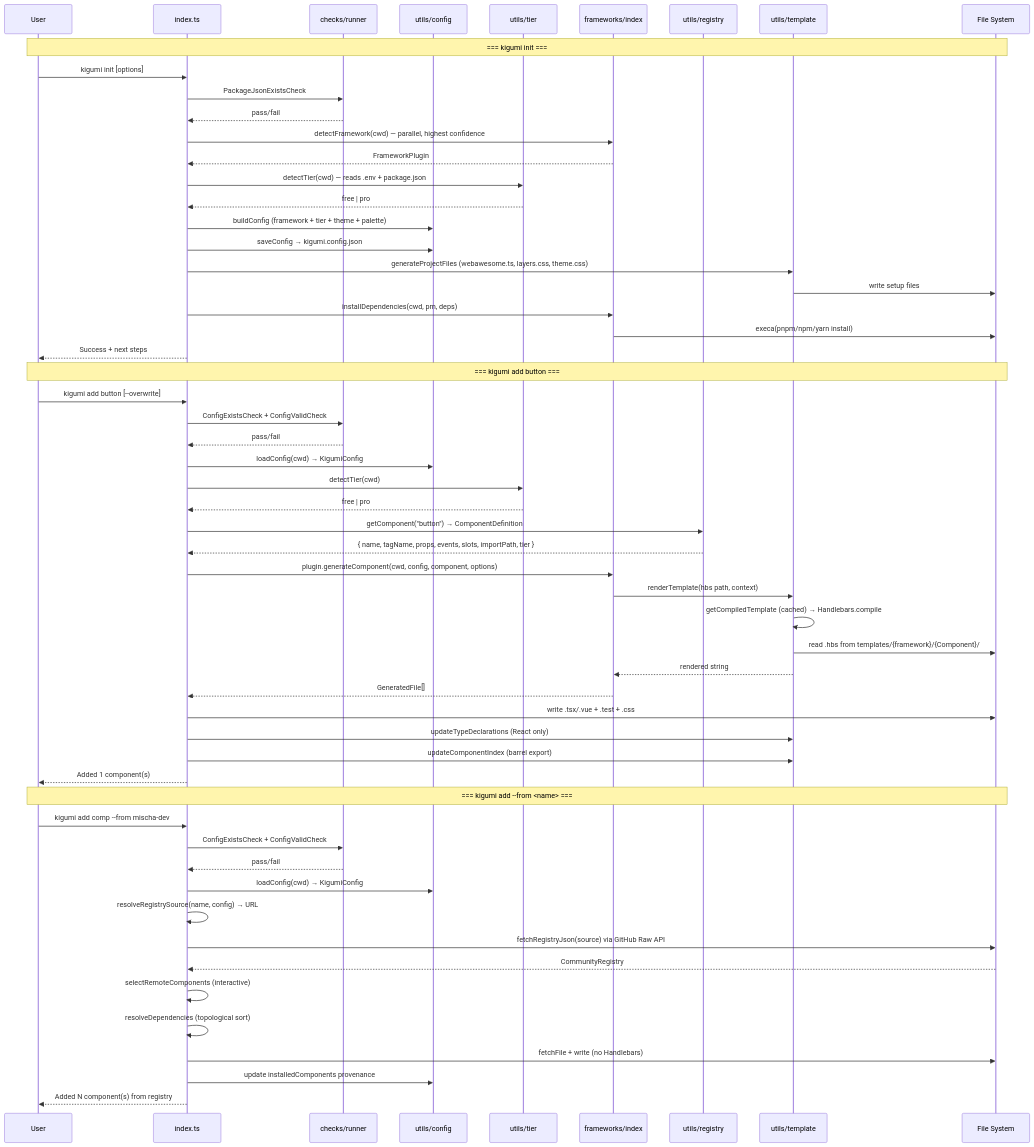
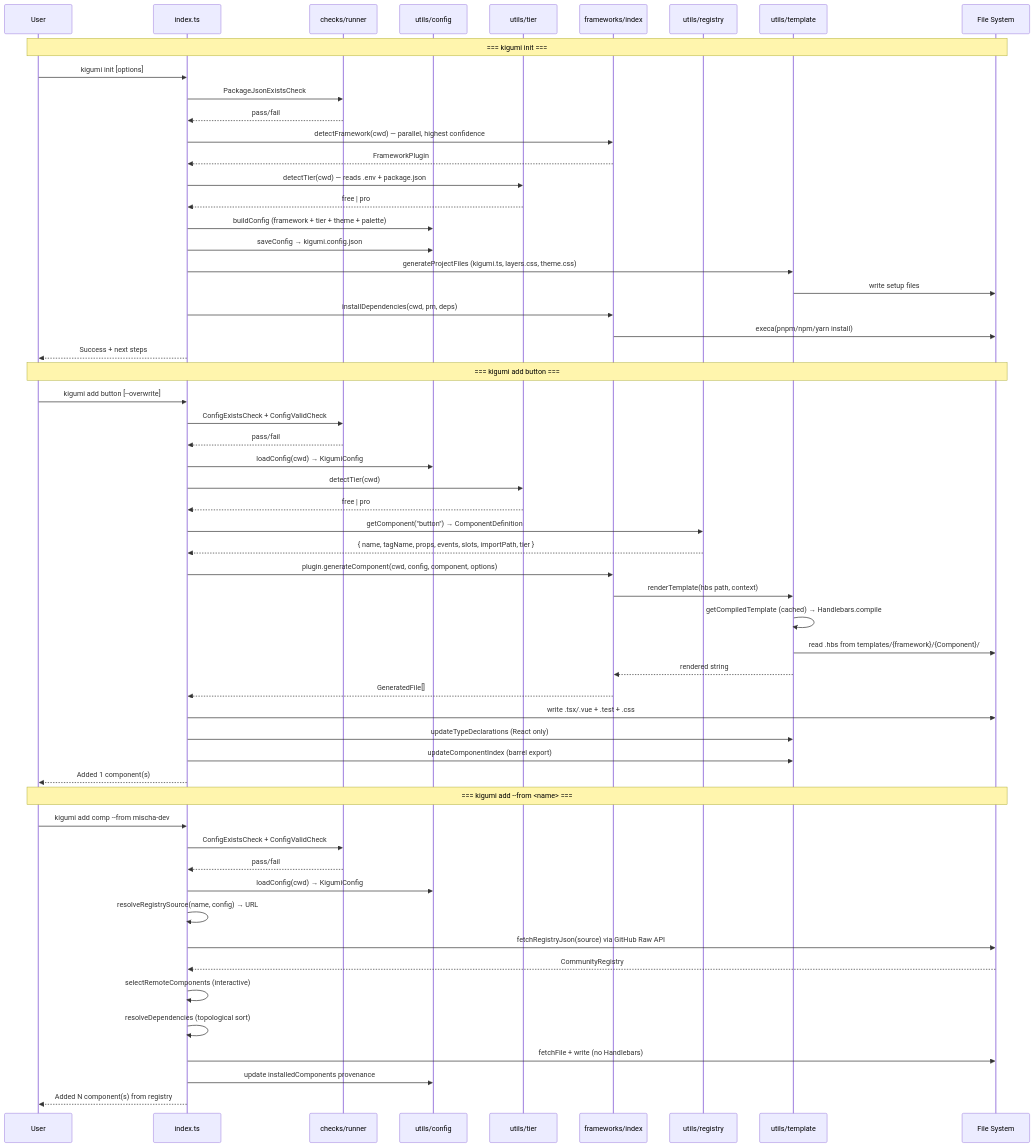
Before and after one commit to kigumi-ui/kigumi-cli: the second of 5 diagrams in AGENTS.md, drawn with Mermaid. The commit also changed other lines of this file and 314 other files, not shown here.

````diff
--- a/AGENTS.md
+++ b/AGENTS.md
@@ -389,62 +405,62 @@
 ```mermaid
 sequenceDiagram
     participant User
     participant CLI as index.ts
     participant Checks as checks/runner
     participant Config as utils/config
     participant Tier as utils/tier
     participant FW as frameworks/index
     participant Reg as utils/registry
     participant Tpl as utils/template
     participant FS as File System
 
     Note over User,FS: === kigumi init ===
     User->>CLI: kigumi init [options]
     CLI->>Checks: PackageJsonExistsCheck
     Checks-->>CLI: pass/fail
     CLI->>FW: detectFramework(cwd) — parallel, highest confidence
     FW-->>CLI: FrameworkPlugin
     CLI->>Tier: detectTier(cwd) — reads .env + package.json
     Tier-->>CLI: free | pro
     CLI->>Config: buildConfig (framework + tier + theme + palette)
     CLI->>Config: saveConfig → kigumi.config.json
-    CLI->>Tpl: generateProjectFiles (webawesome.ts, layers.css, theme.css)
+    CLI->>Tpl: generateProjectFiles (kigumi.ts, layers.css, theme.css)
     Tpl->>FS: write setup files
     CLI->>FW: installDependencies(cwd, pm, deps)
     FW->>FS: execa(pnpm/npm/yarn install)
     CLI-->>User: Success + next steps
 
     Note over User,FS: === kigumi add button ===
     User->>CLI: kigumi add button [--overwrite]
     CLI->>Checks: ConfigExistsCheck + ConfigValidCheck
     Checks-->>CLI: pass/fail
     CLI->>Config: loadConfig(cwd) → KigumiConfig
     CLI->>Tier: detectTier(cwd)
     Tier-->>CLI: free | pro
     CLI->>Reg: getComponent("button") → ComponentDefinition
     Reg-->>CLI: { name, tagName, props, events, slots, importPath, tier }
     CLI->>FW: plugin.generateComponent(cwd, config, component, options)
     FW->>Tpl: renderTemplate(hbs path, context)
     Tpl->>Tpl: getCompiledTemplate (cached) → Handlebars.compile
     Tpl->>FS: read .hbs from templates/{framework}/{Component}/
     Tpl-->>FW: rendered string
     FW-->>CLI: GeneratedFile[]
     CLI->>FS: write .tsx/.vue + .test + .css
     CLI->>Tpl: updateTypeDeclarations (React only)
     CLI->>Tpl: updateComponentIndex (barrel export)
     CLI-->>User: Added 1 component(s)
 
     Note over User,FS: === kigumi add --from <name> ===
     User->>CLI: kigumi add comp --from mischa-dev
     CLI->>Checks: ConfigExistsCheck + ConfigValidCheck
     Checks-->>CLI: pass/fail
     CLI->>Config: loadConfig(cwd) → KigumiConfig
     CLI->>CLI: resolveRegistrySource(name, config) → URL
     CLI->>FS: fetchRegistryJson(source) via GitHub Raw API
     FS-->>CLI: CommunityRegistry
     CLI->>CLI: selectRemoteComponents (interactive)
     CLI->>CLI: resolveDependencies (topological sort)
     CLI->>FS: fetchFile + write (no Handlebars)
     CLI->>Config: update installedComponents provenance
     CLI-->>User: Added N component(s) from registry
 ```
````
